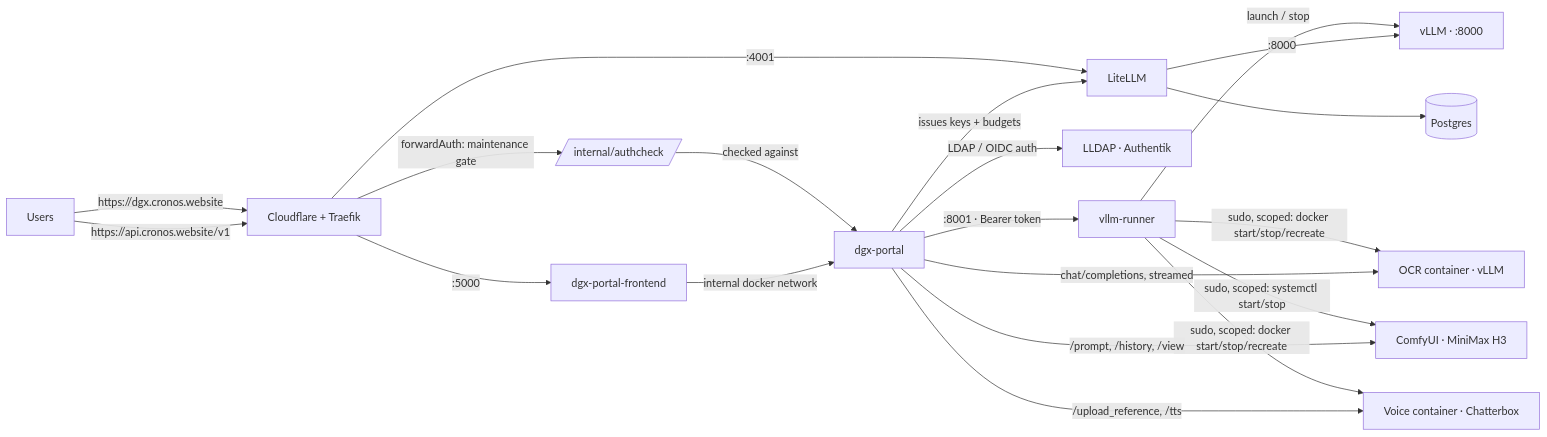
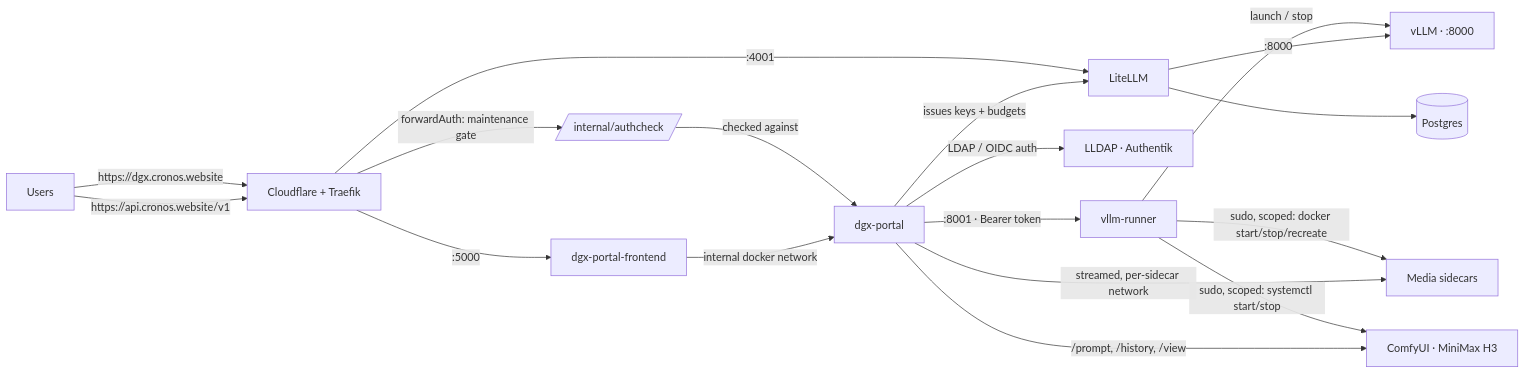
The diagram in README.md (Sunderrrr/dgx-spark-llm-platform), drawn with Mermaid before and after one commit. The commit also changed other lines of this file and 1 other file, not shown here.

````diff
--- a/README.md
+++ b/README.md
@@ -40,22 +61,20 @@
 ```mermaid
 flowchart LR
   U[Users] -->|https://dgx.cronos.website| CF[Cloudflare + Traefik]
   U -->|https://api.cronos.website/v1| CF
   CF -->|forwardAuth: maintenance gate| AC[/internal/authcheck/]
   AC -->|checked against| P
   CF -->|:5000| F[dgx-portal-frontend]
   CF -->|:4001| L[LiteLLM]
   F -->|internal docker network| P[dgx-portal]
   P -->|LDAP / OIDC auth| IDP[LLDAP · Authentik]
   P -->|issues keys + budgets| L
   P -->|:8001 · Bearer token| R[vllm-runner]
   R -->|launch / stop| V[vLLM · :8000]
-  R -->|sudo, scoped: docker start/stop/recreate| O[OCR container · vLLM]
+  R -->|sudo, scoped: docker start/stop/recreate| S[Media sidecars]
   R -->|sudo, scoped: systemctl start/stop| CU[ComfyUI · MiniMax H3]
-  R -->|sudo, scoped: docker start/stop/recreate| VC[Voice container · Chatterbox]
   L -->|:8000| V
   L --> PG[(Postgres)]
-  P -->|chat/completions, streamed| O
+  P -->|streamed, per-sidecar network| S
   P -->|/prompt, /history, /view| CU
-  P -->|/upload_reference, /tts| VC
 ```
````
